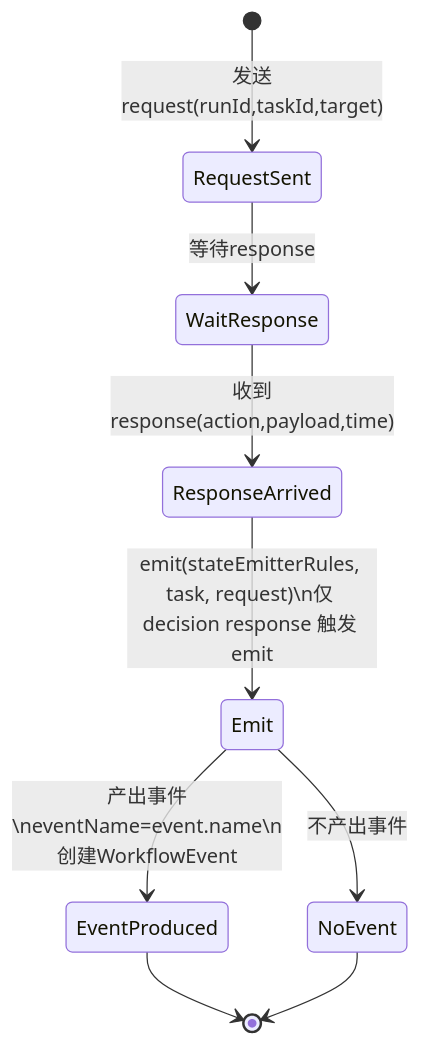
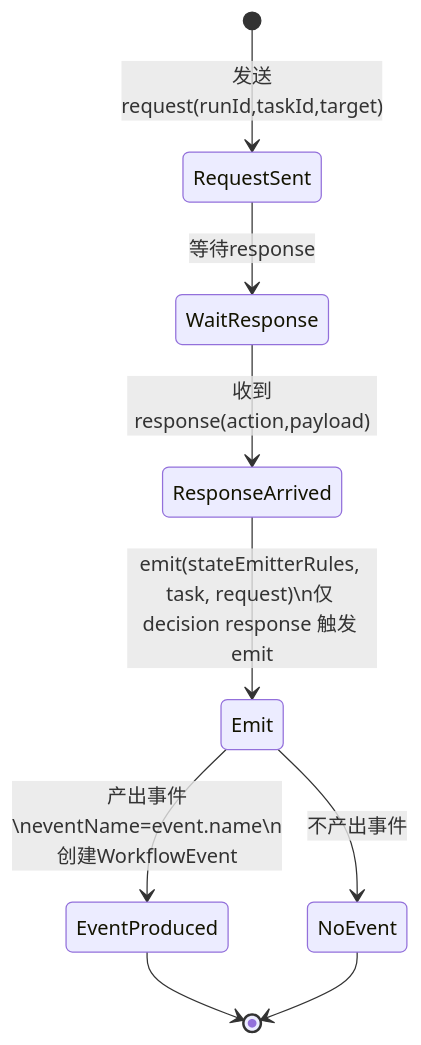
Before and after one commit to lchrennew/es-workflow: the eighth of 8 diagrams in docs/design/20-runtime-domain.md, drawn with Mermaid. The commit also changed other lines of this file and 14 other files, not shown here.

````diff
--- a/docs/design/20-runtime-domain.md
+++ b/docs/design/20-runtime-domain.md
@@ -472,13 +464,13 @@
 ```mermaid
 stateDiagram
   [*] --> RequestSent: 发送request(runId,taskId,target)
   RequestSent --> WaitResponse: 等待response
-  WaitResponse --> ResponseArrived: 收到response(action,payload,time)
+  WaitResponse --> ResponseArrived: 收到response(action,payload)
 
   ResponseArrived --> Emit: emit(stateEmitterRules, task, request)\n仅 decision response 触发 emit
   Emit --> EventProduced: 产出事件\neventName=event.name\n创建WorkflowEvent
   Emit --> NoEvent: 不产出事件
 
   EventProduced --> [*]
   NoEvent --> [*]
 ```
````
